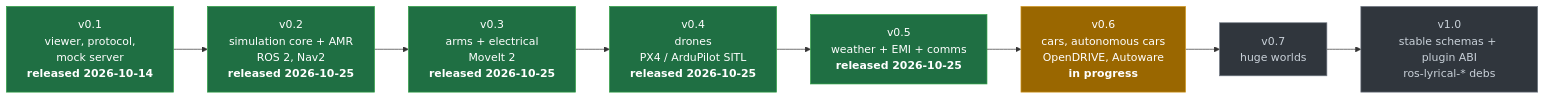
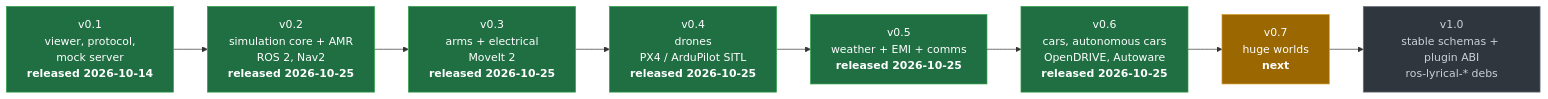
The first of 2 diagrams in docs/plan/progress.md (Open-Physical-Systems/Lagrange), drawn with Mermaid before and after one commit. The commit also changed other lines of this file and 49 other files, not shown here.

````diff
--- a/docs/plan/progress.md
+++ b/docs/plan/progress.md
@@ -7,16 +7,16 @@
 ```mermaid
 flowchart LR
     v01["v0.1<br/>viewer, protocol,<br/>mock server<br/><b>released 2026-10-14</b>"]:::done
     v02["v0.2<br/>simulation core + AMR<br/>ROS 2, Nav2<br/><b>released 2026-10-25</b>"]:::done
     v03["v0.3<br/>arms + electrical<br/>MoveIt 2<br/><b>released 2026-10-25</b>"]:::done
     v04["v0.4<br/>drones<br/>PX4 / ArduPilot SITL<br/><b>released 2026-10-25</b>"]:::done
     v05["v0.5<br/>weather + EMI + comms<br/><b>released 2026-10-25</b>"]:::done
-    v06["v0.6<br/>cars, autonomous cars<br/>OpenDRIVE, Autoware<br/><b>in progress</b>"]:::now
-    v07["v0.7<br/>huge worlds"]:::todo
+    v06["v0.6<br/>cars, autonomous cars<br/>OpenDRIVE, Autoware<br/><b>released 2026-10-25</b>"]:::done
+    v07["v0.7<br/>huge worlds<br/><b>next</b>"]:::now
     v10["v1.0<br/>stable schemas + plugin ABI<br/>ros-lyrical-* debs"]:::todo
     v01 --> v02 --> v03 --> v04 --> v05 --> v06 --> v07 --> v10
 
     classDef done fill:#1f6f43,stroke:#2ea043,color:#fff
     classDef now fill:#9a6700,stroke:#d29922,color:#fff
     classDef todo fill:#30363d,stroke:#6e7681,color:#c9d1d9
 ```
````
